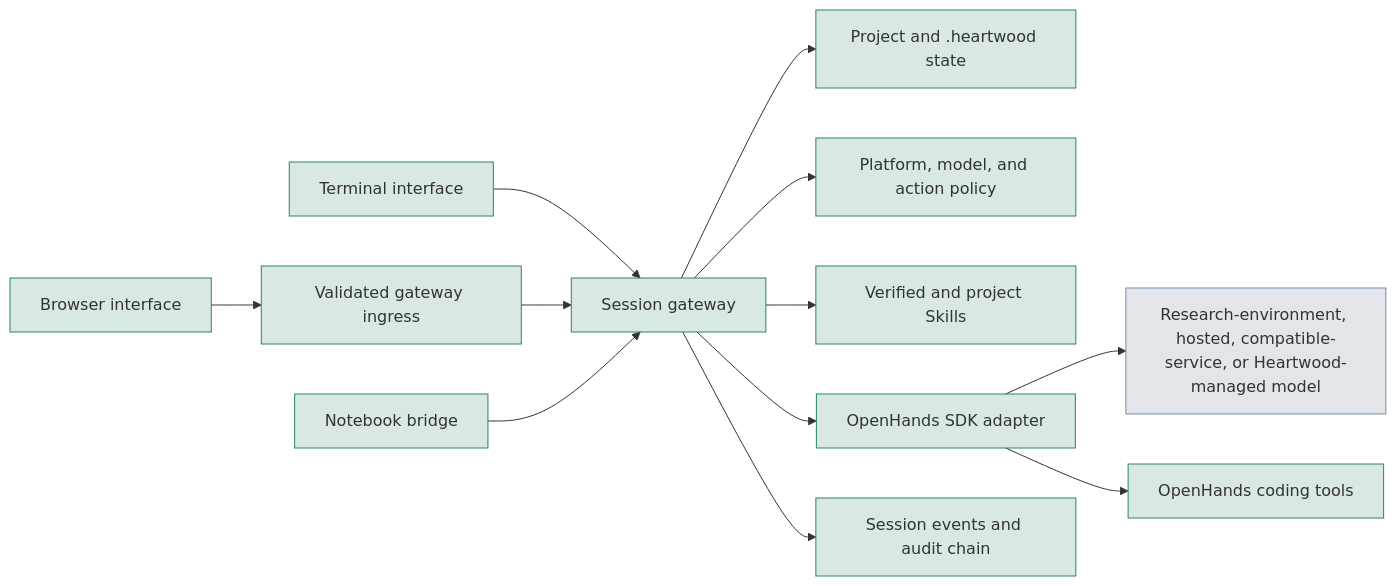
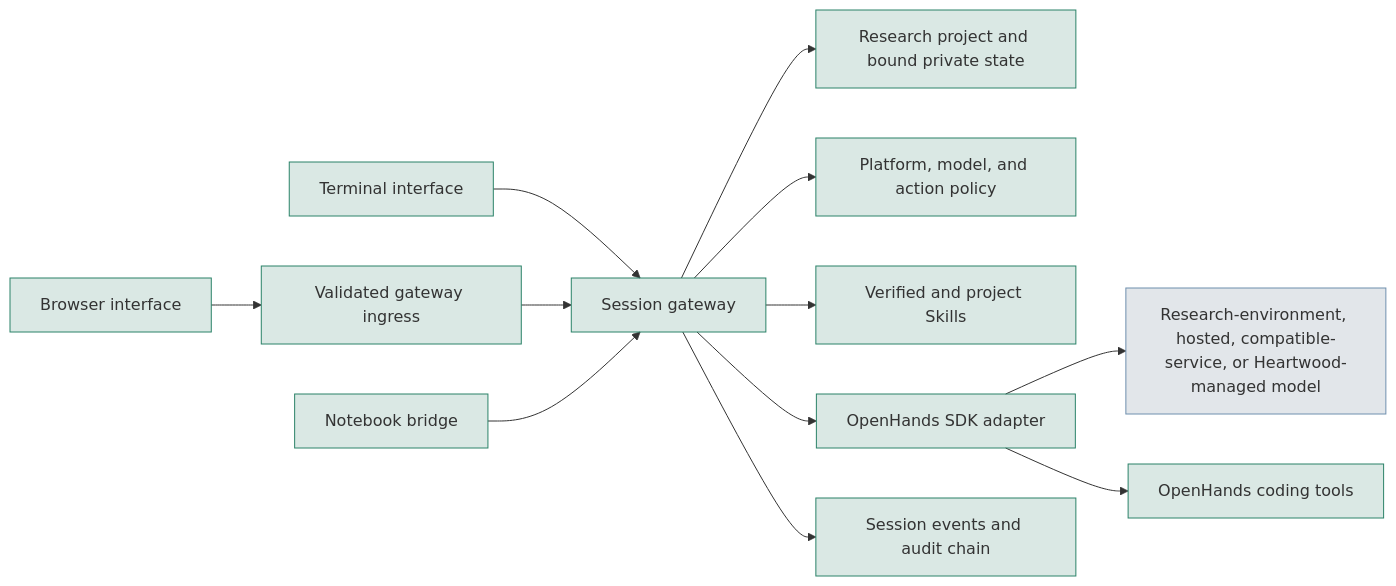
One commit to SchmiedmayerLab/heartwood changed the diagram in documentation/architecture/system.md. Above: the diagram before and after it, drawn with Mermaid. The commit also changed other lines of this file and 18 other files, not shown here.

````diff
--- a/documentation/architecture/system.md
+++ b/documentation/architecture/system.md
@@ -16,18 +16,18 @@
 ```mermaid
 flowchart LR
     CLI["Terminal interface"] --> Gateway["Session gateway"]
     Web["Browser interface"] --> Ingress["Validated gateway ingress"]
     Ingress --> Gateway
     Notebook["Notebook bridge"] --> Gateway
-    Gateway --> Project["Project and .heartwood state"]
+    Gateway --> Project["Research project and bound private state"]
     Gateway --> Policy["Platform, model, and action policy"]
     Gateway --> Skills["Verified and project Skills"]
     Gateway --> Adapter["OpenHands SDK adapter"]
     Adapter --> Model["Research-environment, hosted, compatible-service, or Heartwood-managed model"]
     Adapter --> Tools["OpenHands coding tools"]
     Gateway --> Audit["Session events and audit chain"]
     classDef heartwood fill:#0b694d26,stroke:#2b8268
     classDef platform fill:#3f5b7426,stroke:#6f8fae
     class CLI,Web,Ingress,Notebook,Gateway,Project,Policy,Skills,Adapter,Tools,Audit heartwood
     class Model platform
 ```
````
